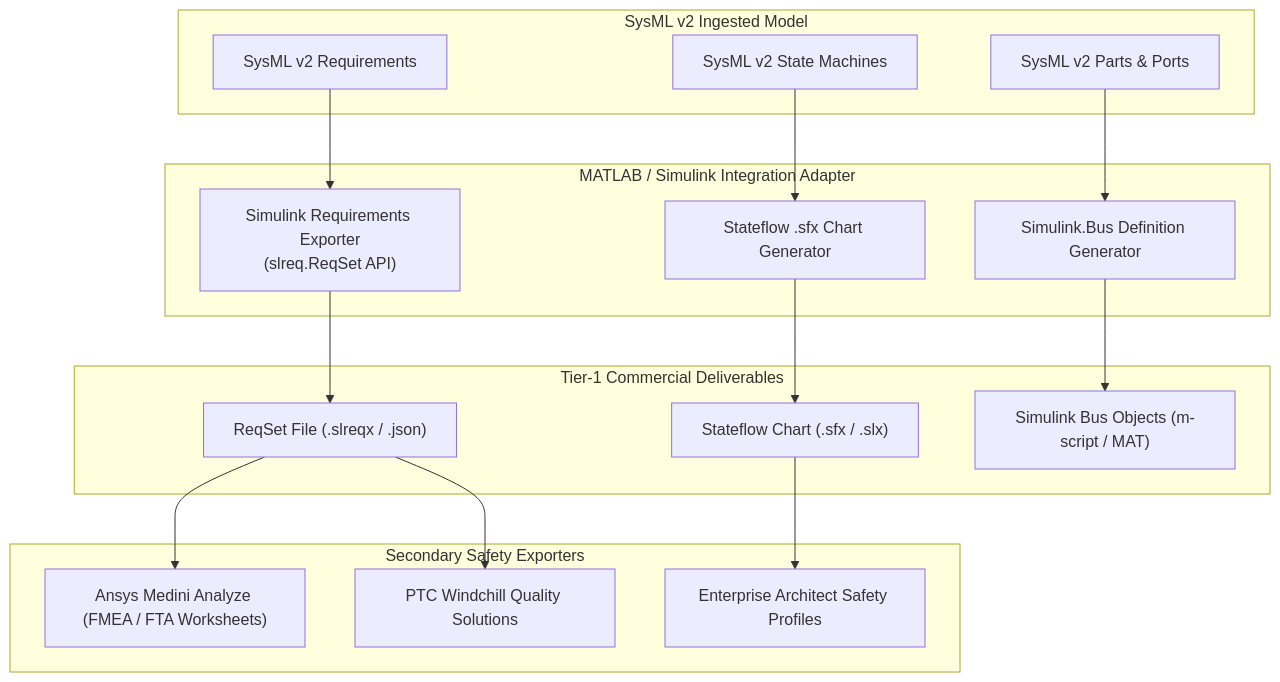
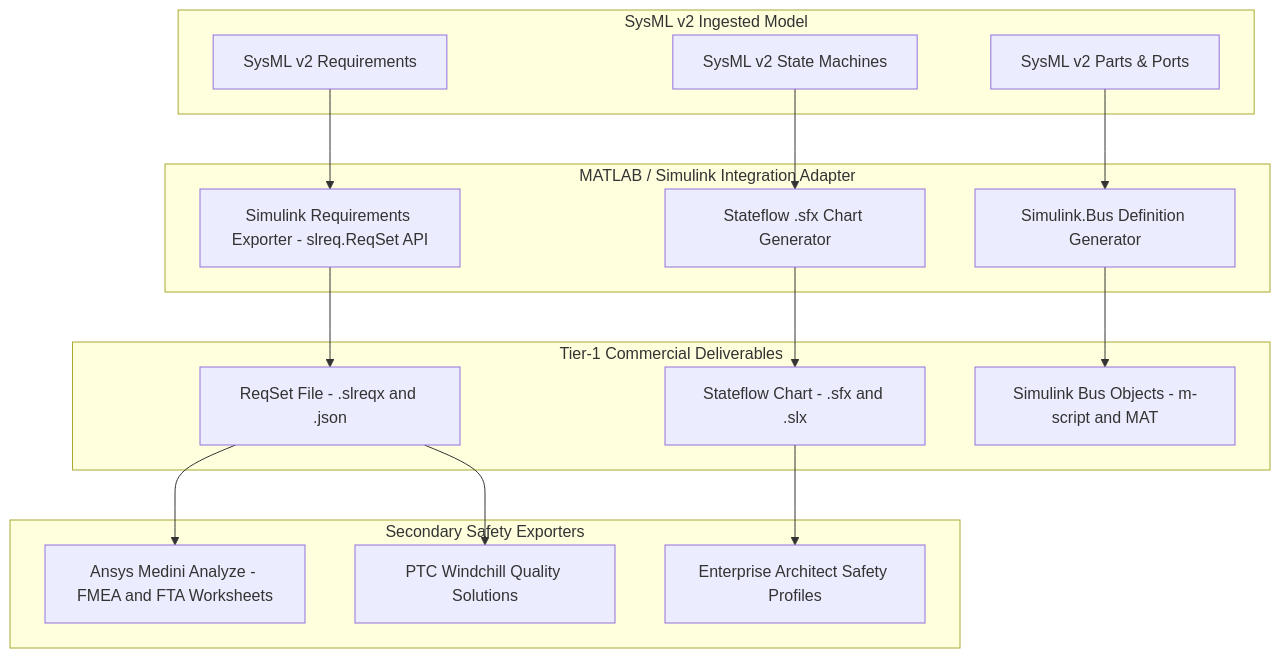
One commit to gintatkinson/DEAP-spec-core changed the fourth of 7 diagrams in docs/architecture/blueprints/DEAP_SYSML_V2_INGESTION_ENGINE_BLUEPRINT.md. Above: the diagram before and after it, drawn with Mermaid. The commit also changed other lines of this file and 1 other file, not shown here.

````diff
--- a/docs/architecture/blueprints/DEAP_SYSML_V2_INGESTION_ENGINE_BLUEPRINT.md
+++ b/docs/architecture/blueprints/DEAP_SYSML_V2_INGESTION_ENGINE_BLUEPRINT.md
@@ -211,33 +211,33 @@
 ```mermaid
 flowchart TD
     subgraph "SysML v2 Ingested Model"
         SysML_Reqs["SysML v2 Requirements"]
         SysML_States["SysML v2 State Machines"]
         SysML_Ports["SysML v2 Parts & Ports"]
     end
 
     subgraph "MATLAB / Simulink Integration Adapter"
-        Req_Exporter["Simulink Requirements Exporter\n(slreq.ReqSet API)"]
+        Req_Exporter["Simulink Requirements Exporter - slreq.ReqSet API"]
         SFX_Exporter["Stateflow .sfx Chart Generator"]
         Bus_Exporter["Simulink.Bus Definition Generator"]
     end
 
     subgraph "Tier-1 Commercial Deliverables"
-        SlReq_File["ReqSet File (.slreqx / .json)"]
-        Stateflow_Chart["Stateflow Chart (.sfx / .slx)"]
-        Simulink_Bus["Simulink Bus Objects (m-script / MAT)"]
+        SlReq_File["ReqSet File - .slreqx and .json"]
+        Stateflow_Chart["Stateflow Chart - .sfx and .slx"]
+        Simulink_Bus["Simulink Bus Objects - m-script and MAT"]
     end
 
     subgraph "Secondary Safety Exporters"
-        Medini["Ansys Medini Analyze (FMEA / FTA Worksheets)"]
+        Medini["Ansys Medini Analyze - FMEA and FTA Worksheets"]
         Windchill["PTC Windchill Quality Solutions"]
         EA["Enterprise Architect Safety Profiles"]
     end
 
     SysML_Reqs --> Req_Exporter --> SlReq_File
     SysML_States --> SFX_Exporter --> Stateflow_Chart
     SysML_Ports --> Bus_Exporter --> Simulink_Bus
     SlReq_File --> Medini
     SlReq_File --> Windchill
     Stateflow_Chart --> EA
 ```
````
